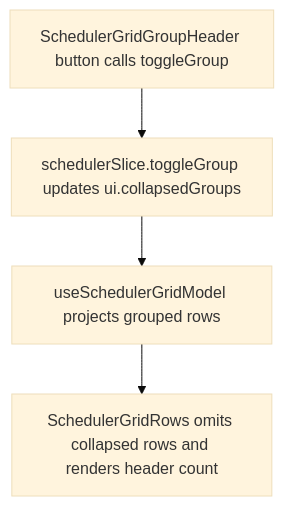
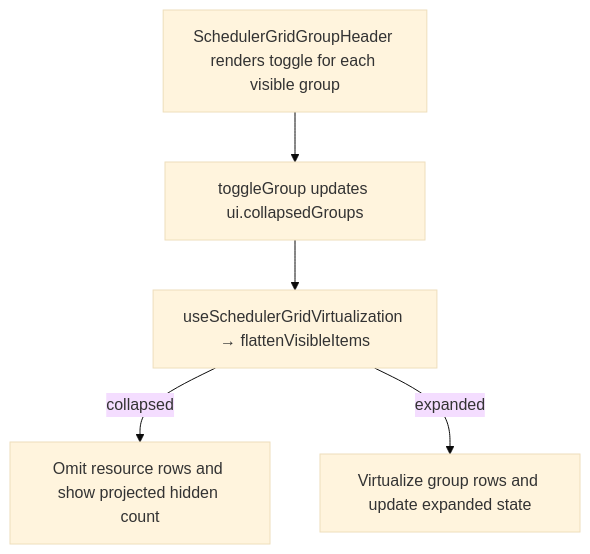
The second of 2 diagrams in user-stories/scheduler/US-SCH-16-collapse-group.md (Kevinjohn/capacitylens), drawn with Mermaid (base theme) before and after one commit. The commit also changed other lines of this file and 172 other files, not shown here.

Commit message:
docs: reconcile user story code flows with source

````diff
--- a/user-stories/scheduler/US-SCH-16-collapse-group.md
+++ b/user-stories/scheduler/US-SCH-16-collapse-group.md
@@ -35,6 +35,7 @@
 ```mermaid
 flowchart TD
-  A["SchedulerGridGroupHeader button calls toggleGroup"] --> B["schedulerSlice.toggleGroup updates ui.collapsedGroups"]
-  B --> C["useSchedulerGridModel projects grouped rows"]
-  C --> D["SchedulerGridRows omits collapsed rows and renders header count"]
+  Group["SchedulerGridGroupHeader renders toggle for each visible group"] --> Toggle["toggleGroup updates ui.collapsedGroups"]
+  Toggle --> Flatten["useSchedulerGridVirtualization → flattenVisibleItems"]
+  Flatten -->|collapsed| Count["Omit resource rows and show projected hidden count"]
+  Flatten -->|expanded| Rows["Virtualize group rows and update expanded state"]
 ```
````
